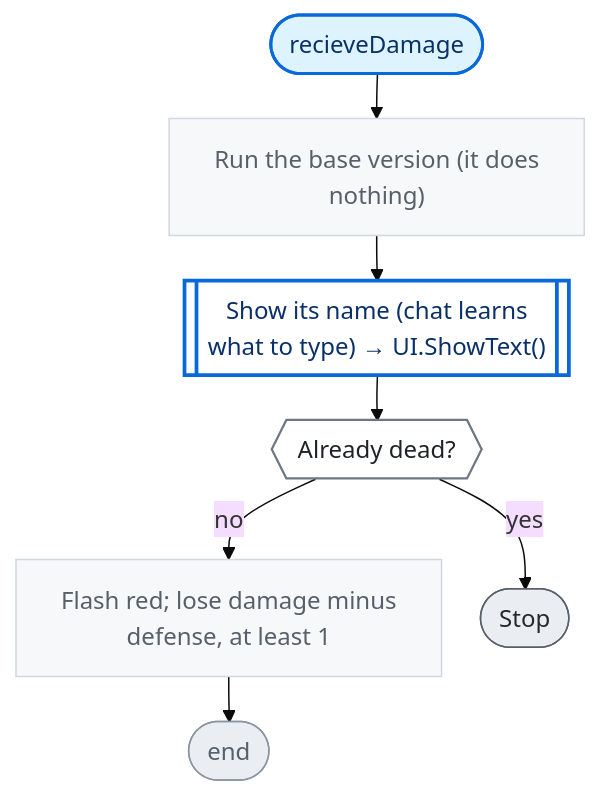
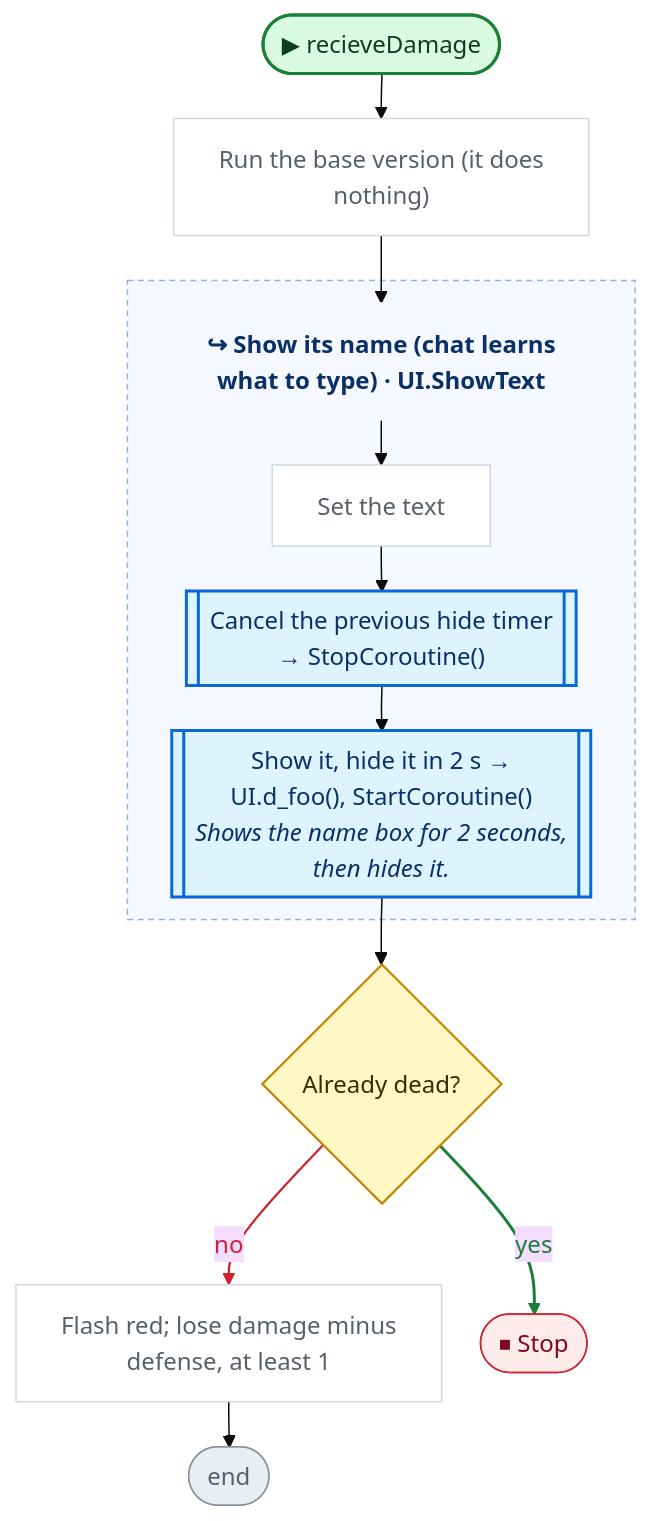
Before and after one commit to nataiai/Lord-of-the-Dungeon: the sixth of 7 diagrams in CodeGraph~/graph/Enemy.cs.md, drawn with Mermaid (base theme). The commit also changed other lines of this file and 44 other files, not shown here.

````diff
--- a/CodeGraph~/graph/Enemy.cs.md
+++ b/CodeGraph~/graph/Enemy.cs.md
@@ -341,39 +370,59 @@
 ```mermaid
 ---
 config:
   flowchart:
     wrappingWidth: 260
     nodeSpacing: 26
     rankSpacing: 30
 ---
 flowchart TD
-  nS(["recieveDamage"])
+  nS(["▶ recieveDamage"])
   nbf19ee["Run the base version (it does<br>nothing)"]
-  n8ee15d[["Show its name (chat learns<br>what to type) → UI.ShowText()"]]
-  neefeeb{{"Already dead?"}}
+  n8ee15d_h["↪ Show its name (chat learns<br>what to type) · UI.ShowText"]
+  n8ee15d_nfb3807["Set the text"]
+  n8ee15d_n585589[["Cancel the previous hide timer<br>→ StopCoroutine()"]]
+  n8ee15d_n20ff75[["Show it, hide it in 2 s →<br>UI.d_foo(), StartCoroutine()<br><i>Shows the name box for 2 seconds,</i><br><i>then hides it.</i>"]]
+  neefeeb{"Already dead?"}
   n159aaa["Flash red; lose damage minus<br>defense, at least 1"]
   nE(["end"])
-  nb2e4fc(["Stop"])
+  nb2e4fc(["⏹ Stop"])
+  subgraph n8ee15d_g[" "]
+    n8ee15d_h
+    n8ee15d_nfb3807
+    n8ee15d_n585589
+    n8ee15d_n20ff75
+  end
+  style n8ee15d_g fill:#f5f9ff,stroke:#8cb4e8,stroke-dasharray:4 3,color:#0a3069
   nS --> nbf19ee
-  nbf19ee --> n8ee15d
-  n8ee15d --> neefeeb
+  nbf19ee --> n8ee15d_h
   neefeeb -->|no| n159aaa
   neefeeb -->|yes| nb2e4fc
   n159aaa --> nE
-  classDef unity fill:#fff1c2,stroke:#9a6700,stroke-width:2px,color:#3b2300
-  classDef start fill:#ddf4ff,stroke:#0969da,stroke-width:2px,color:#0a3069
-  classDef calc fill:#f6f8fa,stroke:#d0d7de,color:#57606a
-  classDef calls fill:#ffffff,stroke:#0969da,stroke-width:2.5px,color:#0a3069
-  classDef cond fill:#ffffff,stroke:#6e7781,stroke-width:1.5px,color:#1f2328
-  classDef loop fill:#fbefff,stroke:#8250df,color:#3e1f79
-  classDef exit fill:#eaeef2,stroke:#57606a,color:#24292f
-  classDef wait fill:#fff8f0,stroke:#bc4c00,color:#4d1d00
+  n8ee15d_h --> n8ee15d_nfb3807
+  n8ee15d_nfb3807 --> n8ee15d_n585589
+  n8ee15d_n585589 --> n8ee15d_n20ff75
+  n8ee15d_n20ff75 --> neefeeb
+  linkStyle 2 stroke:#cf222e,stroke-width:1.5px,color:#cf222e
+  linkStyle 3 stroke:#1a7f37,stroke-width:2px,color:#1a7f37
+  classDef unity fill:#dafbe1,stroke:#1a7f37,stroke-width:2px,color:#0f3d1d
+  classDef start fill:#dafbe1,stroke:#1a7f37,stroke-width:2px,color:#0f3d1d
+  classDef calc fill:#ffffff,stroke:#d0d7de,color:#57606a
+  classDef calls fill:#ddf4ff,stroke:#0969da,stroke-width:2px,color:#0a3069
+  classDef ext fill:#ddf4ff,stroke:#0969da,stroke-width:2px,stroke-dasharray:5 3,color:#0a3069
+  classDef cond fill:#fff8c5,stroke:#bf8700,stroke-width:1.5px,color:#3d2a00
+  classDef loop fill:#f6f8fa,stroke:#57606a,color:#1f2328
+  classDef exit fill:#ffebe9,stroke:#cf222e,color:#82071e
+  classDef kill fill:#ffebe9,stroke:#cf222e,stroke-width:2px,color:#82071e
+  classDef spawn fill:#dafbe1,stroke:#1a7f37,stroke-width:2px,color:#0f3d1d
+  classDef wait fill:#fff1e5,stroke:#bc4c00,color:#4d1d00
   classDef fin fill:#eaeef2,stroke:#8c959f,color:#57606a
   classDef join fill:#d0d7de,stroke:#8c959f,color:#57606a
-  class nbf19ee,n159aaa calc
-  class n8ee15d calls
+  classDef ghdr fill:#f5f9ff,stroke:#f5f9ff,color:#0a3069,font-weight:bold
+  class nbf19ee,n8ee15d_nfb3807,n159aaa calc
+  class n8ee15d_n585589,n8ee15d_n20ff75 calls
   class neefeeb cond
   class nb2e4fc exit
   class nE fin
+  class n8ee15d_h ghdr
   class nS start
 ```
````
